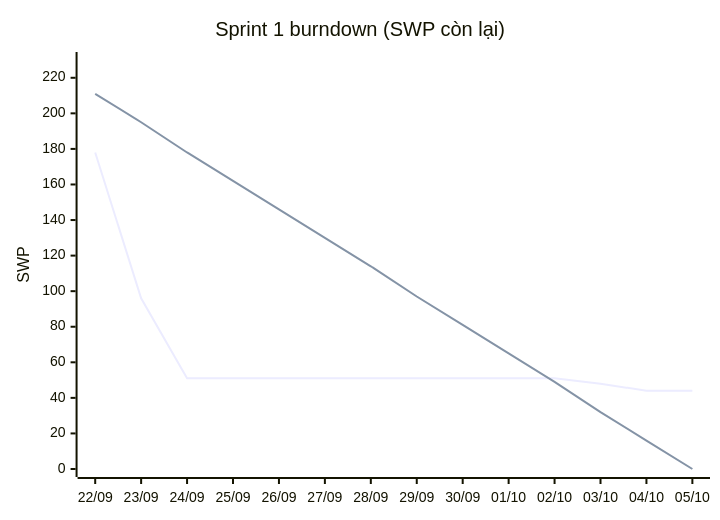
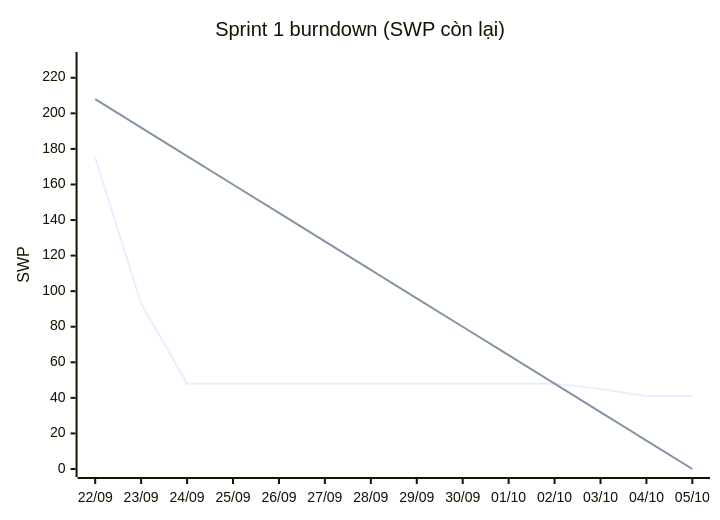
Before and after one commit to thangtn-0016/lab5-product-a: the diagram in progress-report.md, drawn with Mermaid. The commit also changed other lines of this file and 7 other files, not shown here.

````diff
--- a/progress-report.md
+++ b/progress-report.md
@@ -43,8 +43,8 @@
 ```mermaid
 xychart-beta
     title "Sprint 1 burndown (SWP còn lại)"
     x-axis ["22/09","23/09","24/09","25/09","26/09","27/09","28/09","29/09","30/09","01/10","02/10","03/10","04/10","05/10"]
     y-axis "SWP" 0 --> 230
-    line [178, 96, 51, 51, 51, 51, 51, 51, 51, 51, 51, 48, 44, 44]
-    line [211, 195, 178, 162, 146, 130, 114, 97, 81, 65, 49, 32, 16, 0]
+    line [175, 93, 48, 48, 48, 48, 48, 48, 48, 48, 48, 45, 41, 41]
+    line [208, 192, 176, 160, 144, 128, 112, 96, 80, 64, 48, 32, 16, 0]
 ```
````
